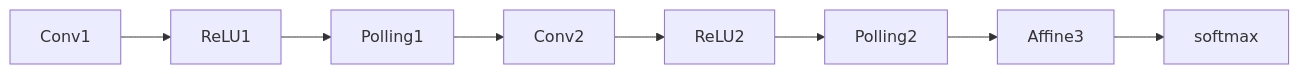
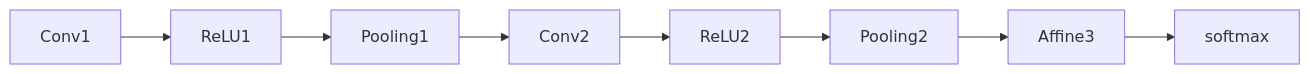
The second of 2 diagrams in _posts/2017-04-09-합성곱 신경망(CNN).md (astrod/astrod.github.com), drawn with Mermaid before and after one commit. The commit also changed other lines of this file, not shown here.

```diff
--- a/_posts/2017-04-09-합성곱 신경망(CNN).md
+++ b/_posts/2017-04-09-합성곱 신경망(CNN).md
@@ -33,10 +33,10 @@
 <div class="mermaid">
 graph LR;
     Conv1 -->ReLU1
-    ReLU1 --> Polling1
-    Polling1 --> Conv2
+    ReLU1 --> Pooling1
+    Pooling1 --> Conv2
     Conv2 -->ReLU2
-    ReLU2 --> Polling2
-    Polling2 --> Affine3
+    ReLU2 --> Pooling2
+    Pooling2 --> Affine3
     Affine3 --> softmax
 </div>
```
